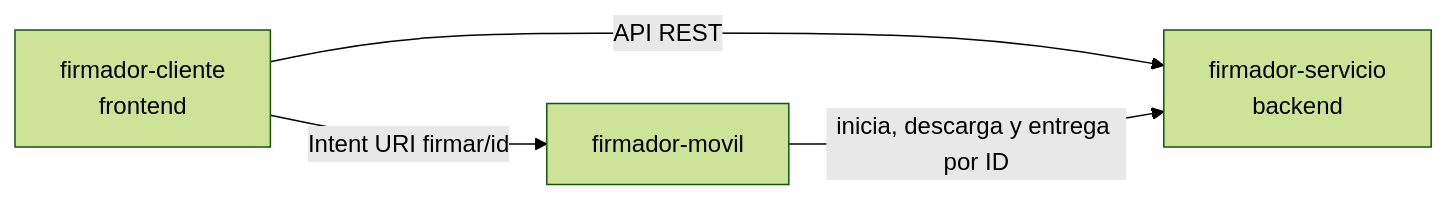
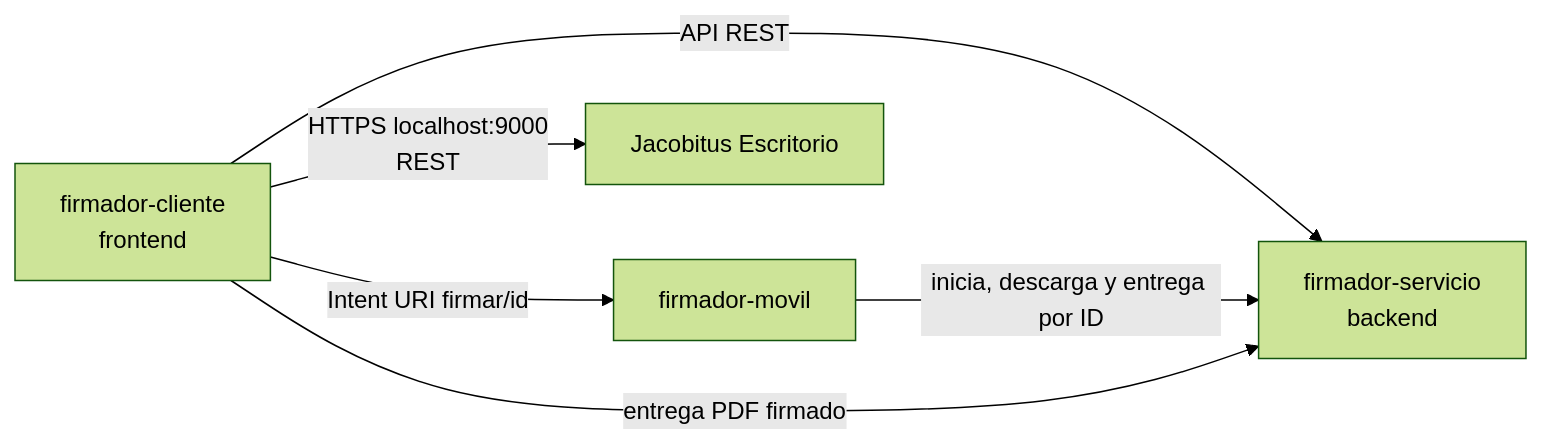
The diagram in docs/ESPECIFICACIONES_TECNICAS.md (AlexQuispe/firmador-cliente), drawn with Mermaid (forest theme) before and after one commit. The commit also changed other lines of this file and 11 other files, not shown here.

Commit message:
feat(cliente): Agrega la funcionalidad firma desde escritorio con Jacobitus

````diff
--- a/docs/ESPECIFICACIONES_TECNICAS.md
+++ b/docs/ESPECIFICACIONES_TECNICAS.md
@@ -15,6 +15,8 @@
 ```mermaid
 flowchart LR
     C[firmador-cliente<br/>frontend] -- API REST --> S[firmador-servicio<br/>backend]
     C -- Intent URI firmar/id --> M[firmador-movil]
     M -- inicia, descarga y entrega por ID --> S
+    C -- HTTPS localhost:9000<br/>REST --> J[Jacobitus Escritorio]
+    C -- entrega PDF firmado --> S
 ```
````
